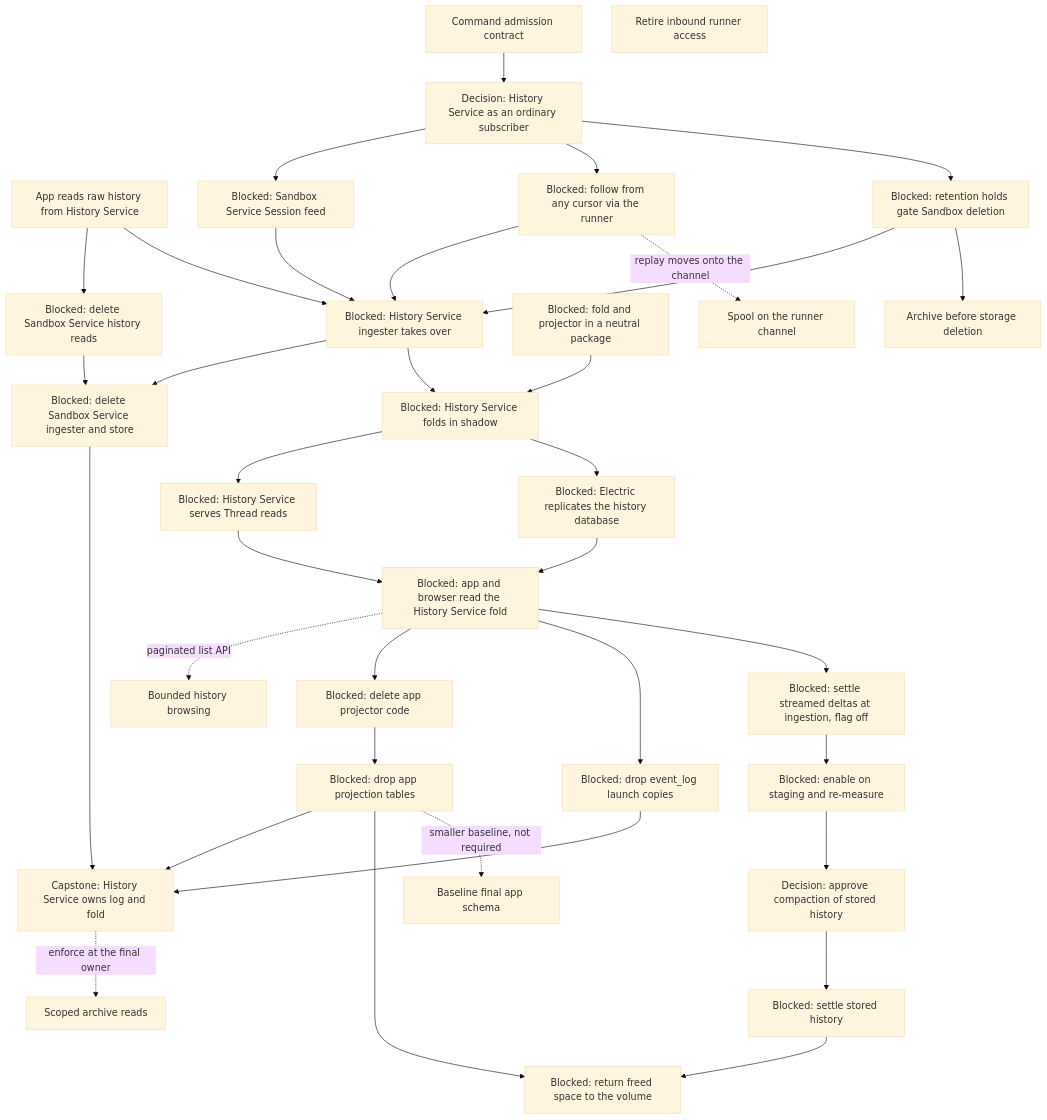
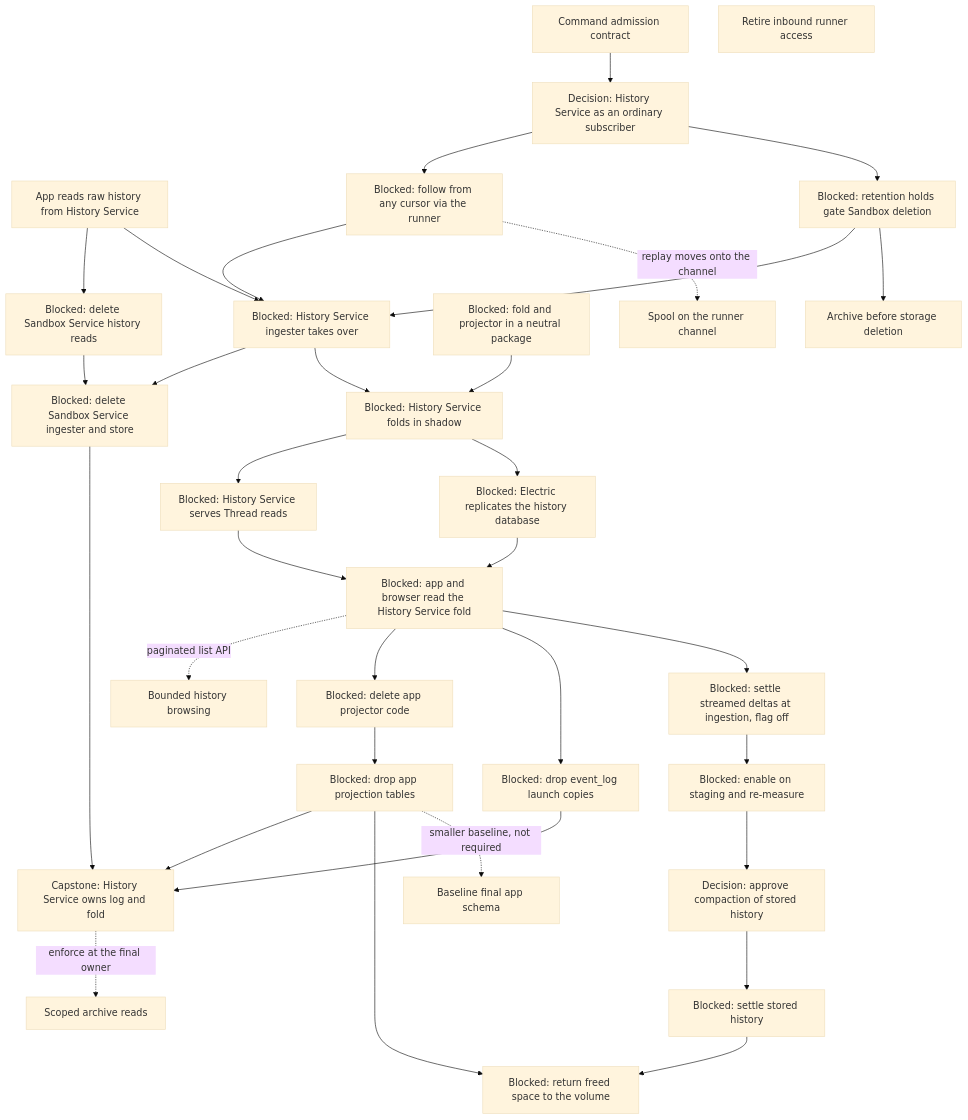
Before and after one commit to agentydragon/ducktape: the eighth of 9 diagrams in agentplane/plans/task_dag.md, drawn with Mermaid (base theme). The commit also changed other lines of this file and 14 other files, not shown here.

First line of the commit message:
Sandbox Service: WatchSessions feed of Sessions

````diff
--- a/agentplane/plans/task_dag.md
+++ b/agentplane/plans/task_dag.md
@@ -749,66 +749,63 @@
 ```mermaid
 flowchart TD
     SESSION_FOLLOW_CONTRACT[Decision: History Service as an ordinary subscriber]
     SESSION_COMMAND_CONTRACT[Command admission contract]
     HISTORY_READ_CUTOVER[App reads raw history from History Service]
     SANDBOX_HISTORY_READS_RETIRE[Blocked: delete Sandbox Service history reads]
-    SESSION_WATCH[Blocked: Sandbox Service Session feed]
     FOLLOW_REPLAY[Blocked: follow from any cursor via the runner]
     RETENTION_HOLDS[Blocked: retention holds gate Sandbox deletion]
     HISTORY_WRITE_HANDOFF[Blocked: History Service ingester takes over]
     SANDBOX_LOCAL_HISTORY_RETIRE[Blocked: delete Sandbox Service ingester and store]
     FOLD_LIBRARY_EXTRACT[Blocked: fold and projector in a neutral package]
     FOLD_SHADOW[Blocked: History Service folds in shadow]
     FOLD_READ_API[Blocked: History Service serves Thread reads]
     ELECTRIC_HISTORY_SOURCE[Blocked: Electric replicates the history database]
     FOLD_READ_CUTOVER[Blocked: app and browser read the History Service fold]
     APP_PROJECTOR_RETIRE[Blocked: delete app projector code]
     APP_PROJECTION_RETIRE[Blocked: drop app projection tables]
     APP_EVENT_LOG_COPIES_RETIRE[Blocked: drop event_log launch copies]
     HISTORY_SERVICE_OWNERSHIP[Capstone: History Service owns log and fold]
     SESSION_EVENT_RETENTION[Blocked: settle streamed deltas at ingestion, flag off]
     SESSION_EVENT_RETENTION_ENABLE[Blocked: enable on staging and re-measure]
     SESSION_EVENT_COMPACTION_PLAN[Decision: approve compaction of stored history]
     SESSION_EVENT_COMPACTION[Blocked: settle stored history]
     HISTORY_REPACK[Blocked: return freed space to the volume]
     APP_ALEMBIC_SQUASH[Baseline final app schema]
     THREAD_BROWSE_PAGINATE[Bounded history browsing]
     THREAD_READ_POLICY[Scoped archive reads]
     RUNNER_OUTBOUND_SPOOL[Spool on the runner channel]
     RUNNER_INBOUND_RETIRE[Retire inbound runner access]
     SANDBOX_LIFECYCLE_DURABILITY[Archive before storage deletion]
     SESSION_COMMAND_CONTRACT --> SESSION_FOLLOW_CONTRACT
     HISTORY_READ_CUTOVER --> SANDBOX_HISTORY_READS_RETIRE
-    SESSION_FOLLOW_CONTRACT --> SESSION_WATCH
     SESSION_FOLLOW_CONTRACT --> FOLLOW_REPLAY
     SESSION_FOLLOW_CONTRACT --> RETENTION_HOLDS
-    SESSION_WATCH --> HISTORY_WRITE_HANDOFF
     FOLLOW_REPLAY --> HISTORY_WRITE_HANDOFF
     RETENTION_HOLDS --> HISTORY_WRITE_HANDOFF
     HISTORY_READ_CUTOVER --> HISTORY_WRITE_HANDOFF
     HISTORY_WRITE_HANDOFF --> SANDBOX_LOCAL_HISTORY_RETIRE
     SANDBOX_HISTORY_READS_RETIRE --> SANDBOX_LOCAL_HISTORY_RETIRE
     FOLD_LIBRARY_EXTRACT --> FOLD_SHADOW
     HISTORY_WRITE_HANDOFF --> FOLD_SHADOW
     FOLD_SHADOW --> FOLD_READ_API
     FOLD_SHADOW --> ELECTRIC_HISTORY_SOURCE
     FOLD_READ_API --> FOLD_READ_CUTOVER
     FOLD_READ_CUTOVER -. paginated list API .-> THREAD_BROWSE_PAGINATE
     ELECTRIC_HISTORY_SOURCE --> FOLD_READ_CUTOVER
     FOLD_READ_CUTOVER --> APP_PROJECTOR_RETIRE
     APP_PROJECTOR_RETIRE --> APP_PROJECTION_RETIRE
     FOLD_READ_CUTOVER --> APP_EVENT_LOG_COPIES_RETIRE
     APP_EVENT_LOG_COPIES_RETIRE --> HISTORY_SERVICE_OWNERSHIP
     APP_PROJECTION_RETIRE --> HISTORY_SERVICE_OWNERSHIP
     SANDBOX_LOCAL_HISTORY_RETIRE --> HISTORY_SERVICE_OWNERSHIP
     FOLD_READ_CUTOVER --> SESSION_EVENT_RETENTION
     SESSION_EVENT_RETENTION --> SESSION_EVENT_RETENTION_ENABLE
     SESSION_EVENT_RETENTION_ENABLE --> SESSION_EVENT_COMPACTION_PLAN
     SESSION_EVENT_COMPACTION_PLAN --> SESSION_EVENT_COMPACTION
     SESSION_EVENT_COMPACTION --> HISTORY_REPACK
     APP_PROJECTION_RETIRE --> HISTORY_REPACK
     APP_PROJECTION_RETIRE -. smaller baseline, not required .-> APP_ALEMBIC_SQUASH
     HISTORY_SERVICE_OWNERSHIP -. enforce at the final owner .-> THREAD_READ_POLICY
     FOLLOW_REPLAY -. replay moves onto the channel .-> RUNNER_OUTBOUND_SPOOL
     RETENTION_HOLDS --> SANDBOX_LIFECYCLE_DURABILITY
 ```
````
